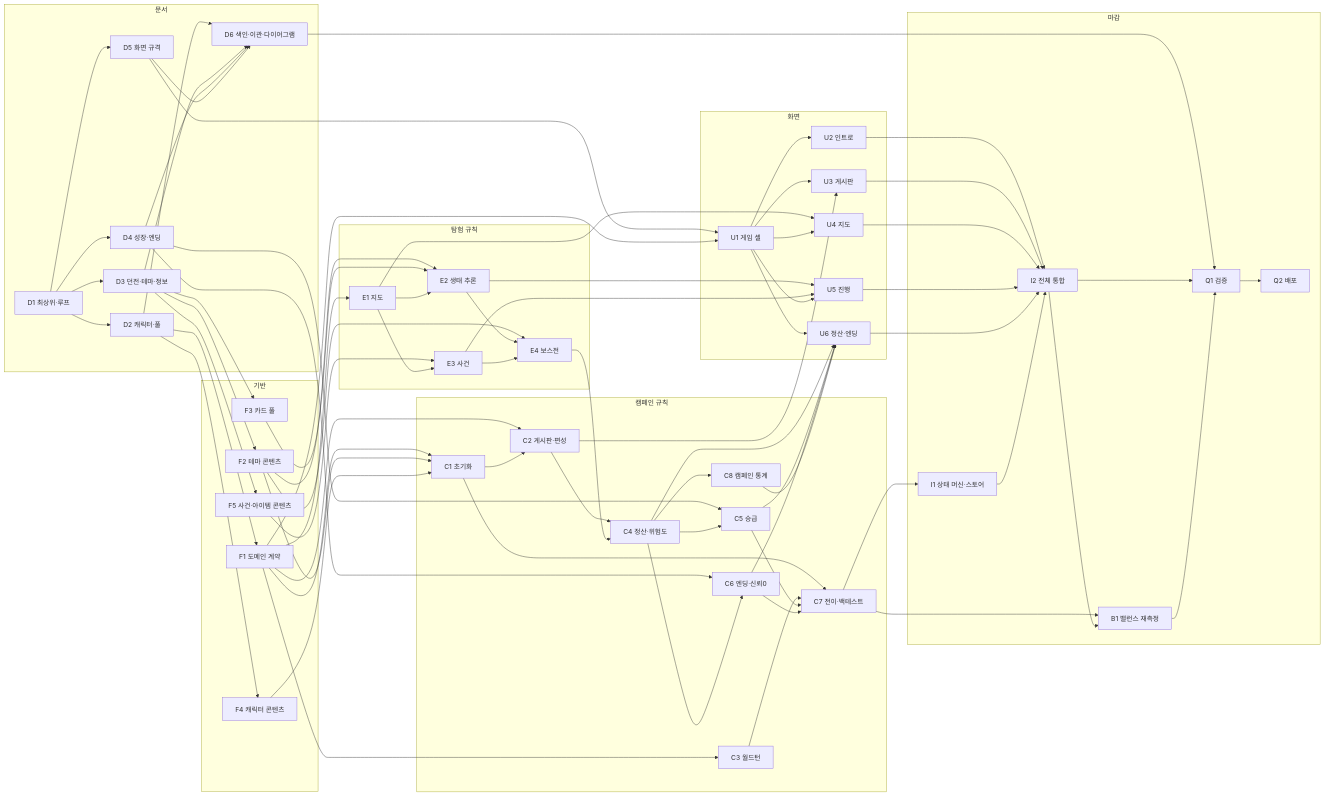
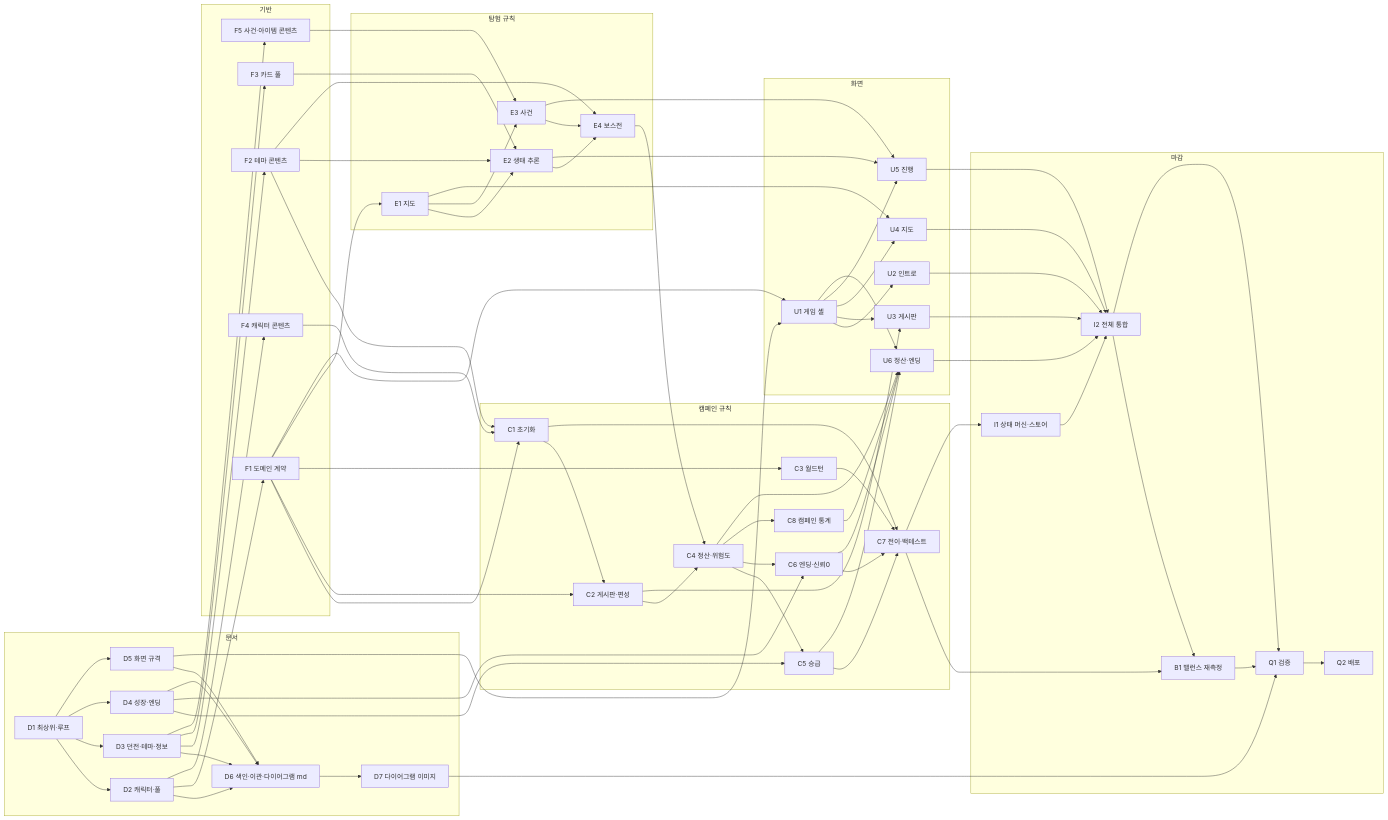
The diagram in docs/technical/CAMPAIGN_REWORK_WORK_ASSIGNMENT.md (LatteBun/Dungeon_Schemer), drawn with Mermaid before and after one commit. The commit also changed other lines of this file and 10 other files, not shown here.

First line of the commit message:
문서: 색인·회의록·다이어그램 md를 새 문서 집합에 맞춘다

```diff
--- a/docs/technical/CAMPAIGN_REWORK_WORK_ASSIGNMENT.md
+++ b/docs/technical/CAMPAIGN_REWORK_WORK_ASSIGNMENT.md
@@ -39,7 +39,8 @@
     D3["D3 던전·테마·정보"]
     D4["D4 성장·엔딩"]
     D5["D5 화면 규격"]
-    D6["D6 색인·이관·다이어그램"]
+    D6["D6 색인·이관·다이어그램 md"]
+    D7["D7 다이어그램 이미지"]
   end
   subgraph L1["기반"]
     F1["F1 도메인 계약"]
@@ -85,7 +86,8 @@
   D3 --> D6 & F2 & F3 & F5
   D4 --> C5 & C6 & D6
   D5 --> D6 & U1
-  D6 --> Q1
+  D6 --> D7
+  D7 --> Q1
   F1 --> C1 & C2 & C3 & E1 & U1
   F2 --> C1 & E2 & E4
   F3 --> E2
```
